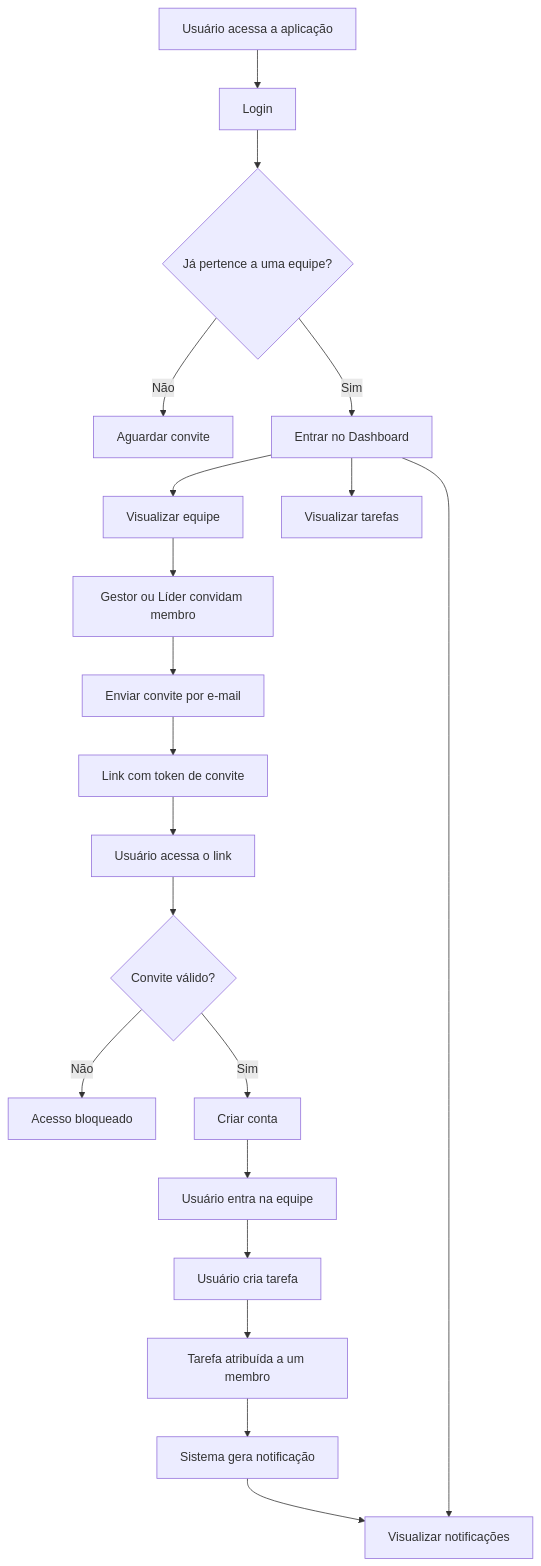
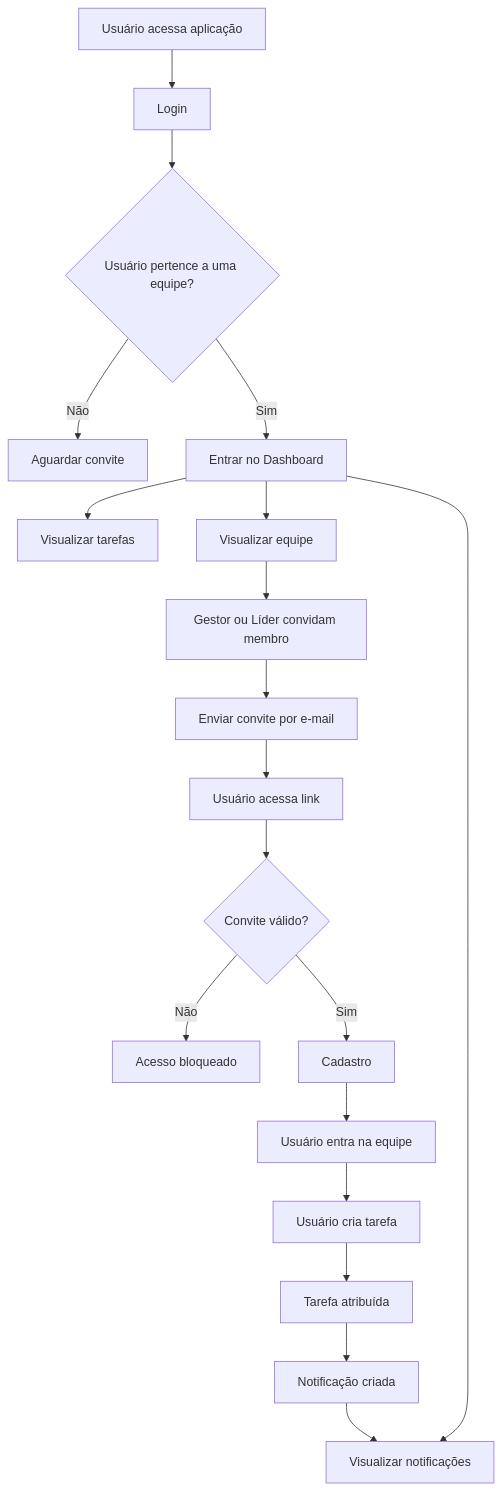
The first of 2 diagrams in README.md (Kenny-Barra/aplicacao_tarefas_equipe_corporativa), drawn with Mermaid before and after one commit. The commit also changed other lines of this file, not shown here.

````diff
--- a/README.md
+++ b/README.md
@@ -187,29 +203,33 @@
 ``` mermaid
 flowchart TD
-    A[Usuário acessa a aplicação] --> B[Login]
-    B --> C{Já pertence a uma equipe?}
 
-    C -- Não --> D[Aguardar convite]
-    C -- Sim --> E[Entrar no Dashboard]
+A[Usuário acessa aplicação] --> B[Login]
 
-    E --> F[Visualizar equipe]
-    E --> G[Visualizar tarefas]
-    E --> H[Visualizar notificações]
+B --> C{Usuário pertence a uma equipe?}
 
-    F --> I[Gestor ou Líder convidam membro]
-    I --> J[Enviar convite por e-mail]
-    J --> K[Link com token de convite]
+C -- Não --> D[Aguardar convite]
+C -- Sim --> E[Entrar no Dashboard]
 
-    K --> L[Usuário acessa o link]
-    L --> M{Convite válido?}
+E --> F[Visualizar tarefas]
+E --> G[Visualizar equipe]
+E --> H[Visualizar notificações]
 
-    M -- Não --> N[Acesso bloqueado]
-    M -- Sim --> O[Criar conta]
+G --> I[Gestor ou Líder convidam membro]
+I --> J[Enviar convite por e-mail]
+J --> K[Usuário acessa link]
 
-    O --> P[Usuário entra na equipe]
+K --> L{Convite válido?}
 
-    P --> Q[Usuário cria tarefa]
-    Q --> R[Tarefa atribuída a um membro]
-    R --> S[Sistema gera notificação]
-    S --> H
+L -- Não --> M[Acesso bloqueado]
+L -- Sim --> N[Cadastro]
+
+N --> O[Usuário entra na equipe]
+
+O --> P[Usuário cria tarefa]
+
+P --> Q[Tarefa atribuída]
+
+Q --> R[Notificação criada]
+
+R --> H
 ```
````
